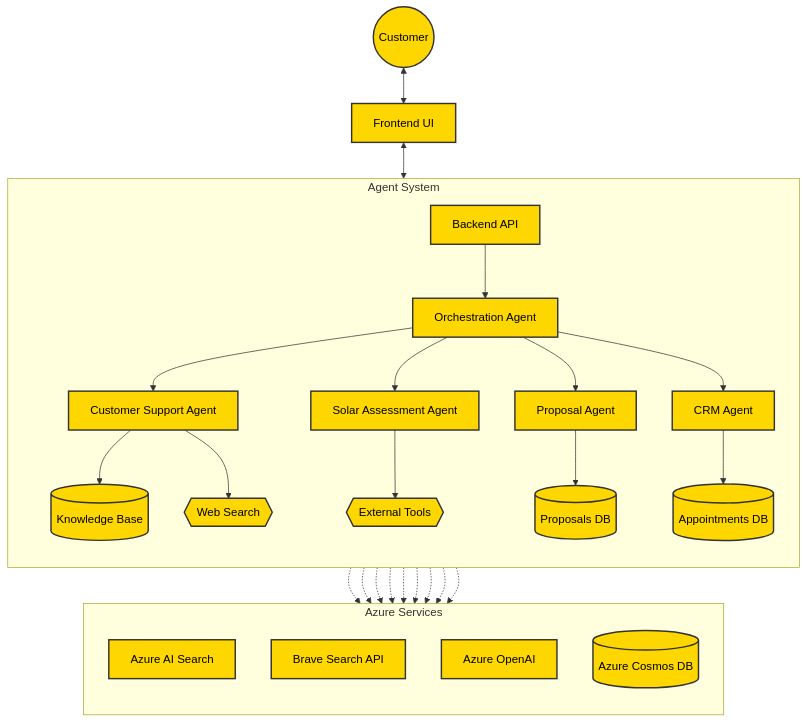
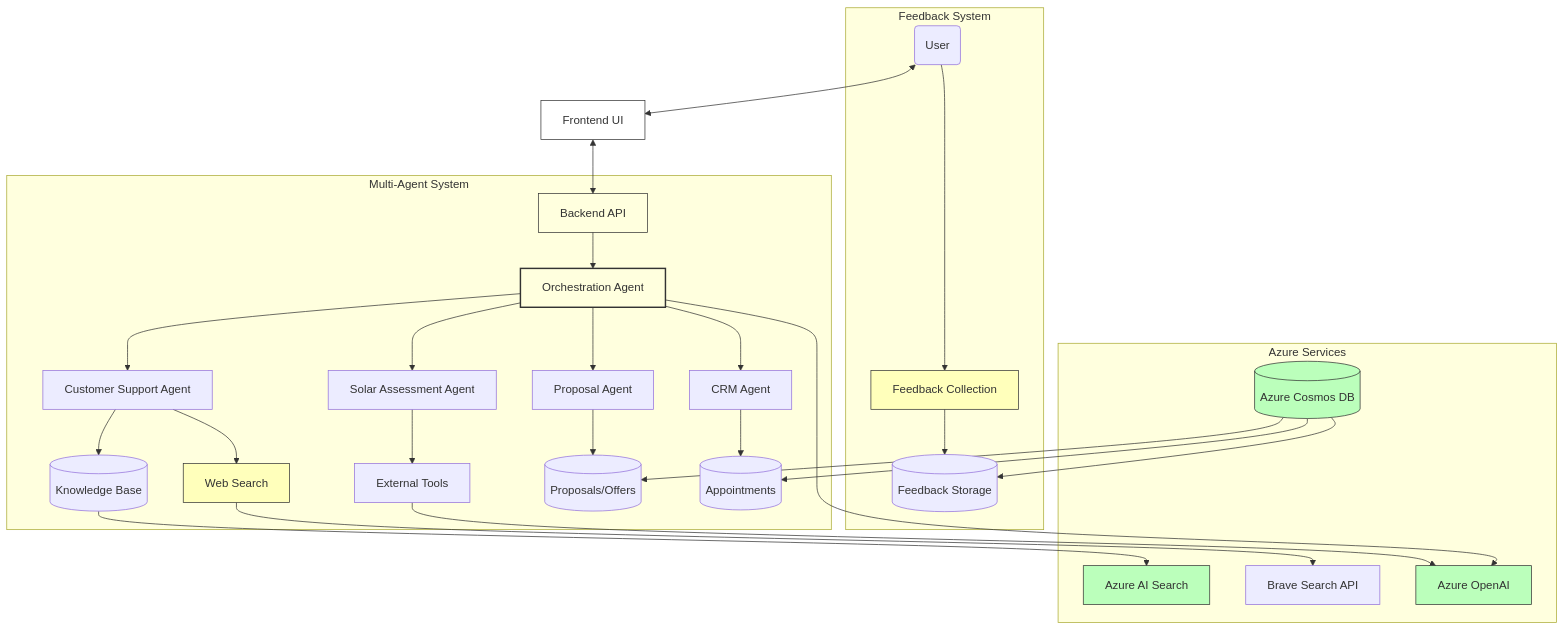
Before and after one commit to JoshuaLevi/DemoSolar: the diagram in README.md, drawn with Mermaid.

````diff
--- a/README.md
+++ b/README.md
@@ -16,48 +16,60 @@
 ```mermaid
-flowchart TB
-    User((Customer)) <--> FrontendUI[Frontend UI]
-    FrontendUI <--> BackendAPI[Backend API]
-    
-    subgraph "Agent System"
-        direction TB
-        BackendAPI --> Orchestrator
-        
-        Orchestrator[Orchestration Agent]
-        
-        Orchestrator --> SupportAgent[Customer Support Agent]
-        Orchestrator --> AssessmentAgent[Solar Assessment Agent]
-        Orchestrator --> ProposalAgent[Proposal Agent]
-        Orchestrator --> CRMAgent[CRM Agent]
-        
-        SupportAgent --> KnowledgeBase[(Knowledge Base)]
-        SupportAgent --> WebSearch{{Web Search}}
-        AssessmentAgent --> Tools{{External Tools}}
-        ProposalAgent --> Proposals[(Proposals DB)]
-        CRMAgent --> Appointments[(Appointments DB)]
-    end
-    
-    subgraph "Azure Services"
-        direction TB
-        KnowledgeBase -.-> AzureSearch[Azure AI Search]
-        WebSearch -.-> BraveAPI[Brave Search API]
-        Orchestrator & SupportAgent & AssessmentAgent & ProposalAgent & CRMAgent -.-> AzureOpenAI[Azure OpenAI]
-        Proposals & Appointments -.-> CosmosDB[(Azure Cosmos DB)]
-    end
-    
-    %% Styling
-    classDef user fill:#ffd700,stroke:#333,stroke-width:2px,color:#000
-    classDef frontend fill:#ffd700,stroke:#333,stroke-width:2px,color:#000
-    classDef agent fill:#ffd700,stroke:#333,stroke-width:2px,color:#000
-    classDef primaryAgent fill:#ffd700,stroke:#333,stroke-width:2px,color:#000
-    classDef database fill:#ffd700,stroke:#333,stroke-width:2px,color:#000
-    classDef azure fill:#ffd700,stroke:#333,stroke-width:2px,color:#000
-    classDef tool fill:#ffd700,stroke:#333,stroke-width:2px,color:#000
-    
-    class User user
-    class FrontendUI,BackendAPI frontend
-    class Orchestrator primaryAgent
-    class SupportAgent,AssessmentAgent,ProposalAgent,CRMAgent agent
-    class KnowledgeBase,Proposals,Appointments database
-    class AzureSearch,AzureOpenAI,CosmosDB,BraveAPI azure
-    class WebSearch,Tools tool
+flowchart TD
+ subgraph subGraph0["Multi-Agent System"]
+        Orchestrator["Orchestration Agent"]
+        API["Backend API"]
+        CS["Customer Support Agent"]
+        SA["Solar Assessment Agent"]
+        PA["Proposal Agent"]
+        CRM["CRM Agent"]
+        KB[("Knowledge Base")]
+        WebSearch["Web Search"]
+        Tools["External Tools"]
+        Offers[("Proposals/Offers")]
+        Appointments[("Appointments")]
+  end
+ subgraph subGraph1["Feedback System"]
+        FC["Feedback Collection"]
+        User("User")
+        FeedbackDB[("Feedback Storage")]
+  end
+ subgraph subGraph2["Azure Services"]
+        AzSearch["Azure AI Search"]
+        BraveAPI["Brave Search API"]
+        AzOpenAI["Azure OpenAI"]
+        CosmosDB[("Azure Cosmos DB")]
+  end
+    User <--> Frontend["Frontend UI"]
+    Frontend <--> API
+    API --> Orchestrator
+    Orchestrator --> CS & SA & PA & CRM & AzOpenAI
+    CS --> KB & WebSearch
+    SA --> Tools
+    PA --> Offers
+    CRM --> Appointments
+    User --> FC
+    FC --> FeedbackDB
+    KB --> AzSearch
+    WebSearch --> BraveAPI
+    Tools --> AzOpenAI
+    CosmosDB --> Appointments & Offers & FeedbackDB
+
+     Orchestrator:::primary
+     API:::secondary
+     WebSearch:::utility
+     FC:::utility
+     AzSearch:::azure
+     AzOpenAI:::azure
+     CosmosDB:::azure
+     Frontend:::secondary
+    classDef primary fill:#f9f,stroke:#333,stroke-width:2px
+    classDef secondary fill:#bbf,stroke:#333,stroke-width:1px
+    classDef azure fill:#bfb,stroke:#333,stroke-width:1px
+    classDef utility fill:#ffb,stroke:#333,stroke-width:1px
+    style Orchestrator fill:transparent
+    style API fill:transparent
+    style Frontend fill:transparent
+
+
+
 ```
````
